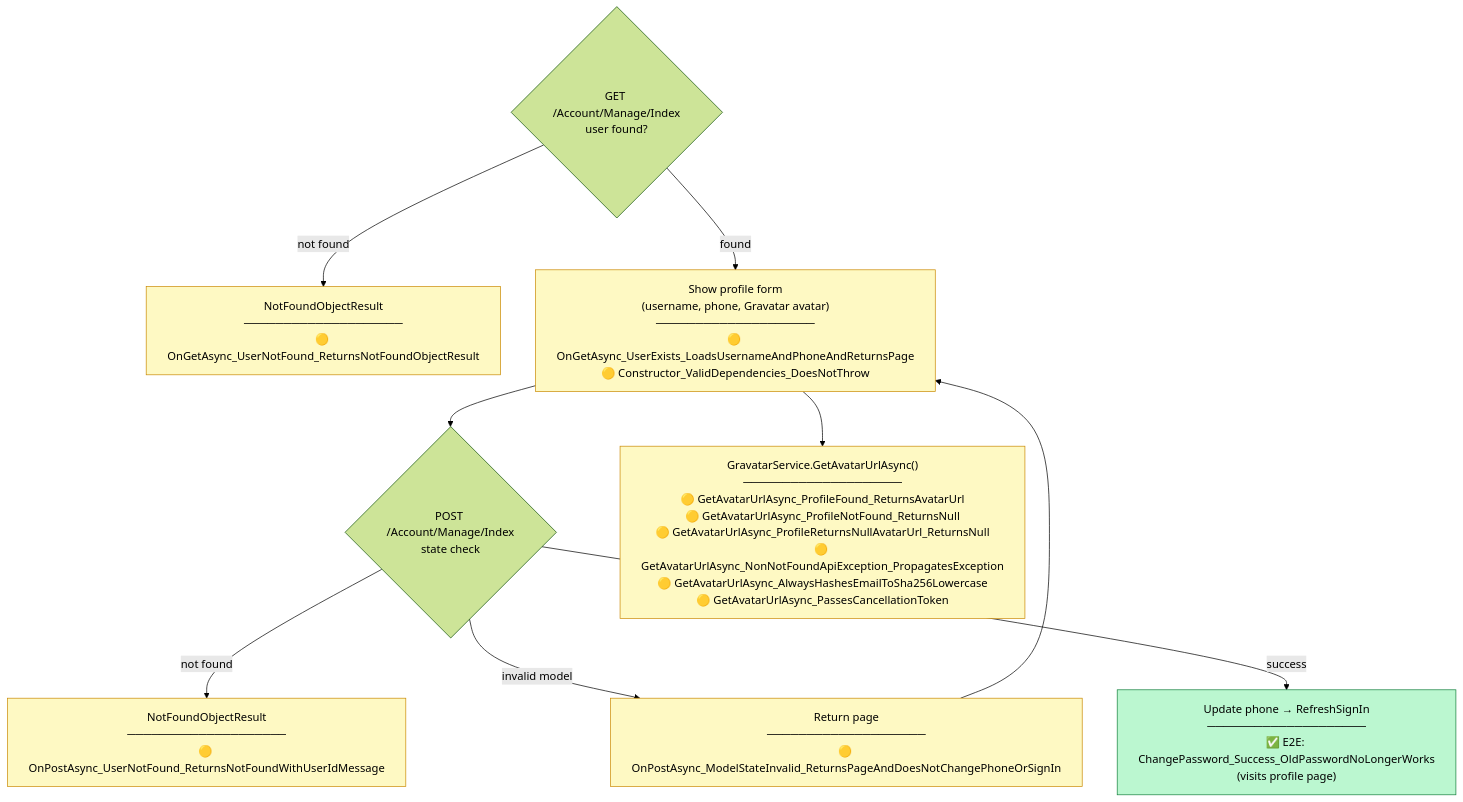
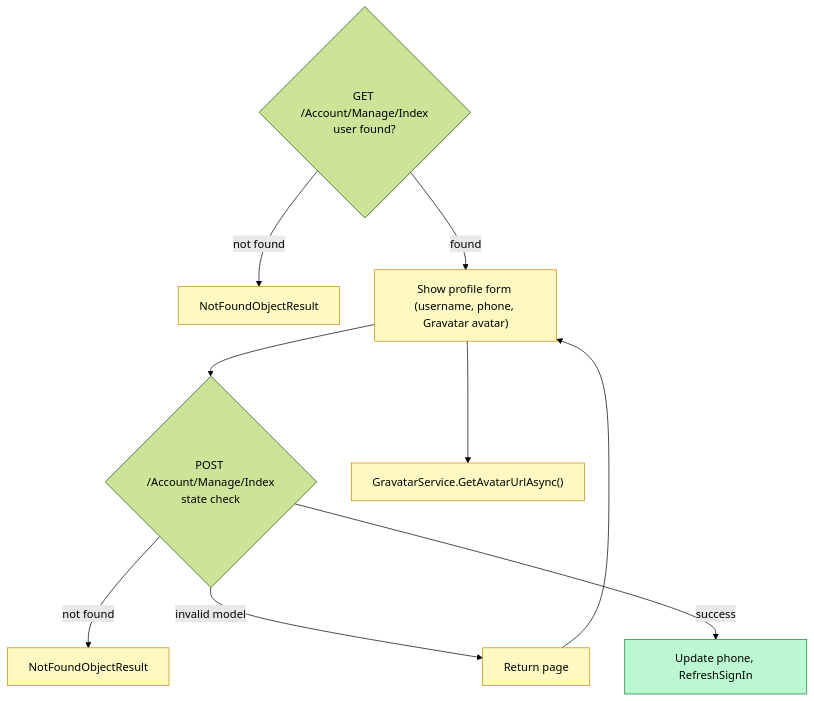
Before and after one commit to crgolden/Identity: the eighth of 16 diagrams in TESTING.md, drawn with Mermaid (forest theme). The commit also changed other lines of this file and 15 other files, not shown here.

````diff
--- a/TESTING.md
+++ b/TESTING.md
@@ -639,31 +640,31 @@
 ```mermaid
 flowchart TD
     classDef covered fill:#bbf7d0,stroke:#15803d
     classDef unitOnly fill:#fef9c3,stroke:#ca8a04
     classDef partial fill:#fed7aa,stroke:#ea580c
 
     ProfileGET{"GET /Account/Manage/Index\nuser found?"}
 
-    ProfileNotFound["NotFoundObjectResult\n────────────────────\n🟡 OnGetAsync_UserNotFound_ReturnsNotFoundObjectResult"]:::unitOnly
+    ProfileNotFound["NotFoundObjectResult"]:::unitOnly
 
-    ProfilePage["Show profile form\n(username, phone, Gravatar avatar)\n────────────────────\n🟡 OnGetAsync_UserExists_LoadsUsernameAndPhoneAndReturnsPage\n🟡 Constructor_ValidDependencies_DoesNotThrow"]:::unitOnly
+    ProfilePage["Show profile form (username, phone, Gravatar avatar)"]:::unitOnly
 
     ProfilePOST{"POST /Account/Manage/Index\nstate check"}
 
-    ProfileUserNotFound["NotFoundObjectResult\n────────────────────\n🟡 OnPostAsync_UserNotFound_ReturnsNotFoundWithUserIdMessage"]:::unitOnly
+    ProfileUserNotFound["NotFoundObjectResult"]:::unitOnly
 
-    ProfileModelInvalid["Return page\n────────────────────\n🟡 OnPostAsync_ModelStateInvalid_ReturnsPageAndDoesNotChangePhoneOrSignIn"]:::unitOnly
+    ProfileModelInvalid["Return page"]:::unitOnly
 
-    ProfileSaved["Update phone → RefreshSignIn\n────────────────────\n✅ E2E: ChangePassword_Success_OldPasswordNoLongerWorks\n(visits profile page)"]:::covered
+    ProfileSaved["Update phone, RefreshSignIn"]:::covered
 
-    GravatarService["GravatarService.GetAvatarUrlAsync()\n────────────────────\n🟡 GetAvatarUrlAsync_ProfileFound_ReturnsAvatarUrl\n🟡 GetAvatarUrlAsync_ProfileNotFound_ReturnsNull\n🟡 GetAvatarUrlAsync_ProfileReturnsNullAvatarUrl_ReturnsNull\n🟡 GetAvatarUrlAsync_NonNotFoundApiException_PropagatesException\n🟡 GetAvatarUrlAsync_AlwaysHashesEmailToSha256Lowercase\n🟡 GetAvatarUrlAsync_PassesCancellationToken"]:::unitOnly
+    GravatarService["GravatarService.GetAvatarUrlAsync()"]:::unitOnly
 
     ProfileGET -->|"not found"| ProfileNotFound
     ProfileGET -->|"found"| ProfilePage
     ProfilePage --> GravatarService
     ProfilePage --> ProfilePOST
     ProfilePOST -->|"not found"| ProfileUserNotFound
     ProfilePOST -->|"invalid model"| ProfileModelInvalid
     ProfileModelInvalid --> ProfilePage
     ProfilePOST -->|"success"| ProfileSaved
 ```
````
